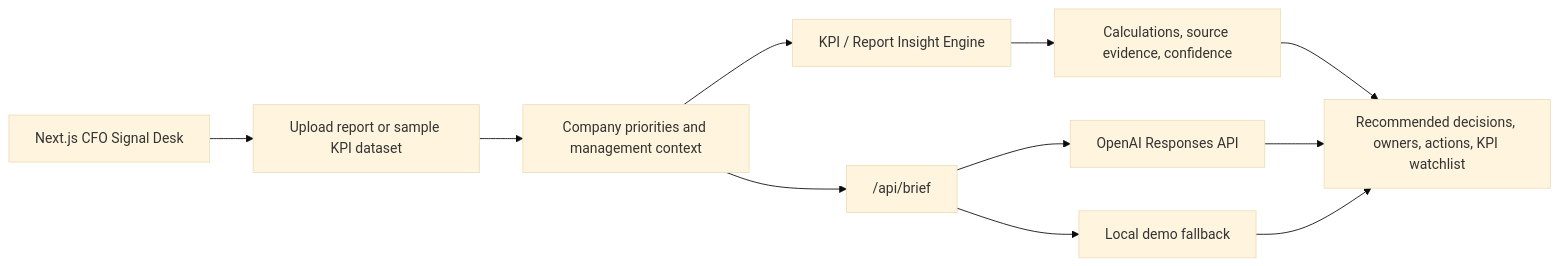
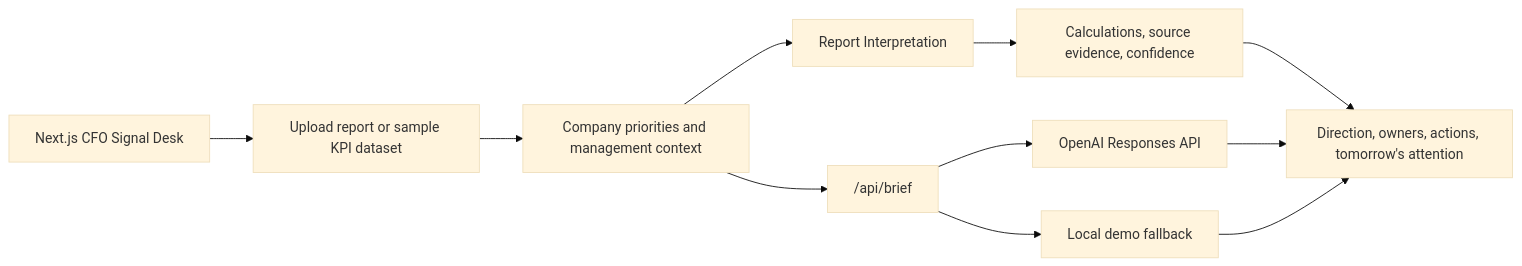
The diagram in README.md (mhmtcnynk-star/cfo-signal-desk), drawn with Mermaid (base theme) before and after one commit. The commit also changed other lines of this file and 10 other files, not shown here.

````diff
--- a/README.md
+++ b/README.md
@@ -34,13 +34,13 @@
 ```mermaid
 flowchart LR
   UI["Next.js CFO Signal Desk"] --> Input["Upload report or sample KPI dataset"]
   Input --> Context["Company priorities and management context"]
-  Context --> Engine["KPI / Report Insight Engine"]
+  Context --> Engine["Report Interpretation"]
   Engine --> Evidence["Calculations, source evidence, confidence"]
-  Evidence --> Decisions["Recommended decisions, owners, actions, KPI watchlist"]
+  Evidence --> Decisions["Direction, owners, actions, tomorrow's attention"]
   Context --> Route["/api/brief"]
   Route --> OpenAI["OpenAI Responses API"]
   Route --> Demo["Local demo fallback"]
   OpenAI --> Decisions
   Demo --> Decisions
 ```
````
